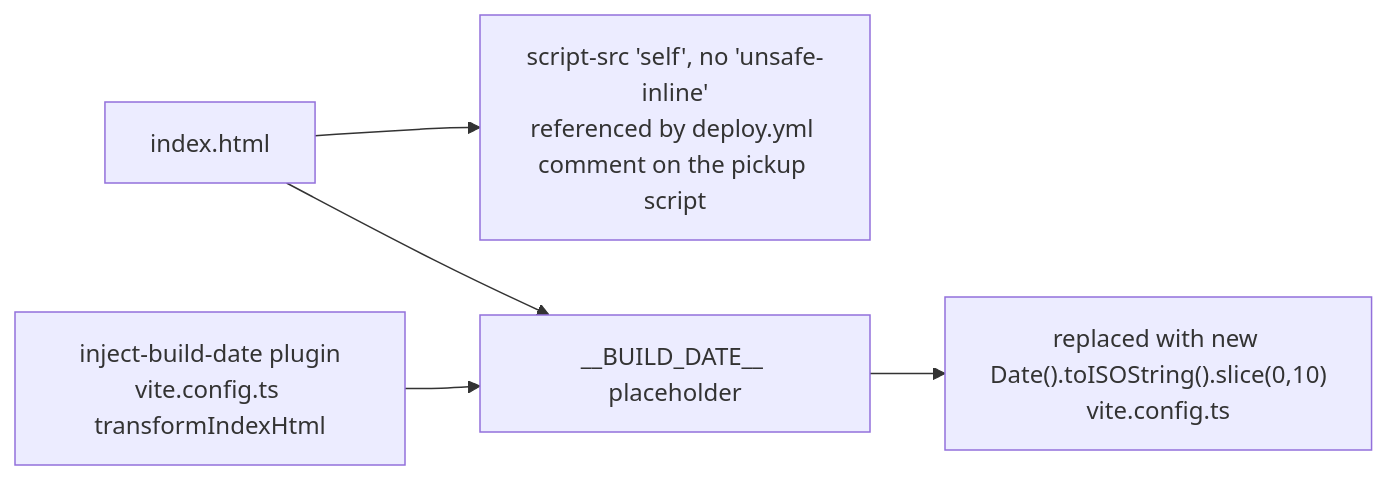
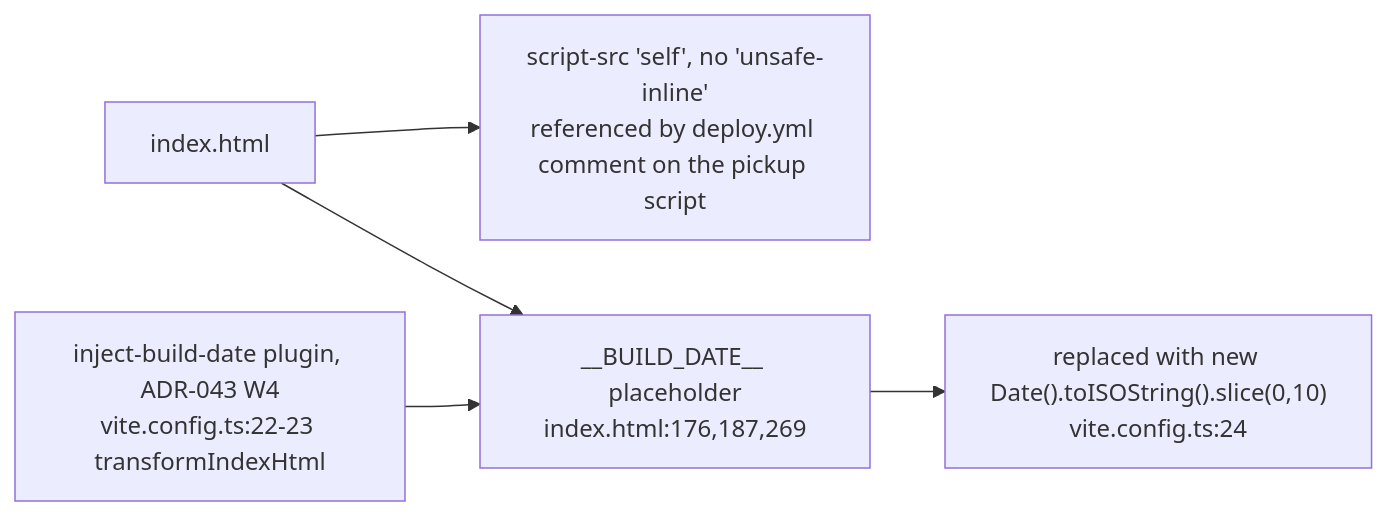
Before and after one commit to DreamLab-AI/VisionFlow: the fifth of 6 diagrams in docs/diagrams/dreamlab-ai-website/02-site-build-and-pages-deploy.md, drawn with Mermaid. The commit also changed other lines of this file and 185 other files, not shown here.

Commit message:
docs(estate): reconcile diagrams and ADRs with source and define closeout sprint

````diff
--- a/docs/diagrams/dreamlab-ai-website/02-site-build-and-pages-deploy.md
+++ b/docs/diagrams/dreamlab-ai-website/02-site-build-and-pages-deploy.md
@@ -78,7 +79,7 @@
 ```mermaid
 flowchart LR
     HTML["index.html"] --> CSP["script-src 'self', no 'unsafe-inline'<br/>referenced by deploy.yml comment on the pickup script"]
-    HTML --> DATE["__BUILD_DATE__ placeholder"]
-    PLUGIN["inject-build-date plugin<br/>vite.config.ts transformIndexHtml"] --> DATE
-    DATE --> REPLACED["replaced with new Date().toISOString().slice(0,10)<br/>vite.config.ts"]
+    HTML --> DATE["__BUILD_DATE__ placeholder<br/>index.html:176,187,269"]
+    PLUGIN["inject-build-date plugin, ADR-043 W4<br/>vite.config.ts:22-23 transformIndexHtml"] --> DATE
+    DATE --> REPLACED["replaced with new Date().toISOString().slice(0,10)<br/>vite.config.ts:24"]
 ```
````
